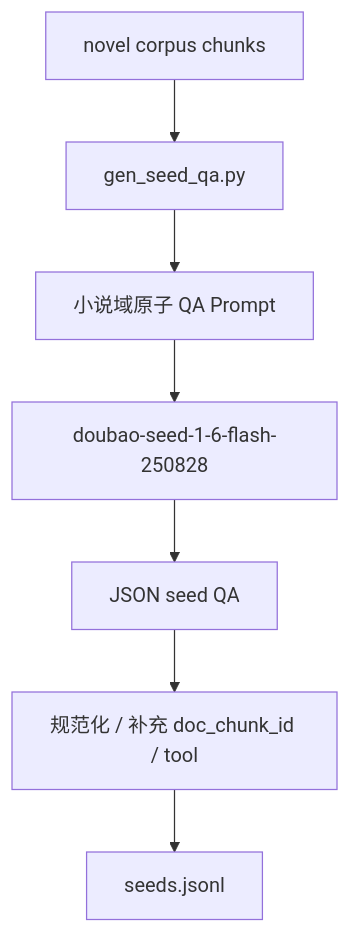
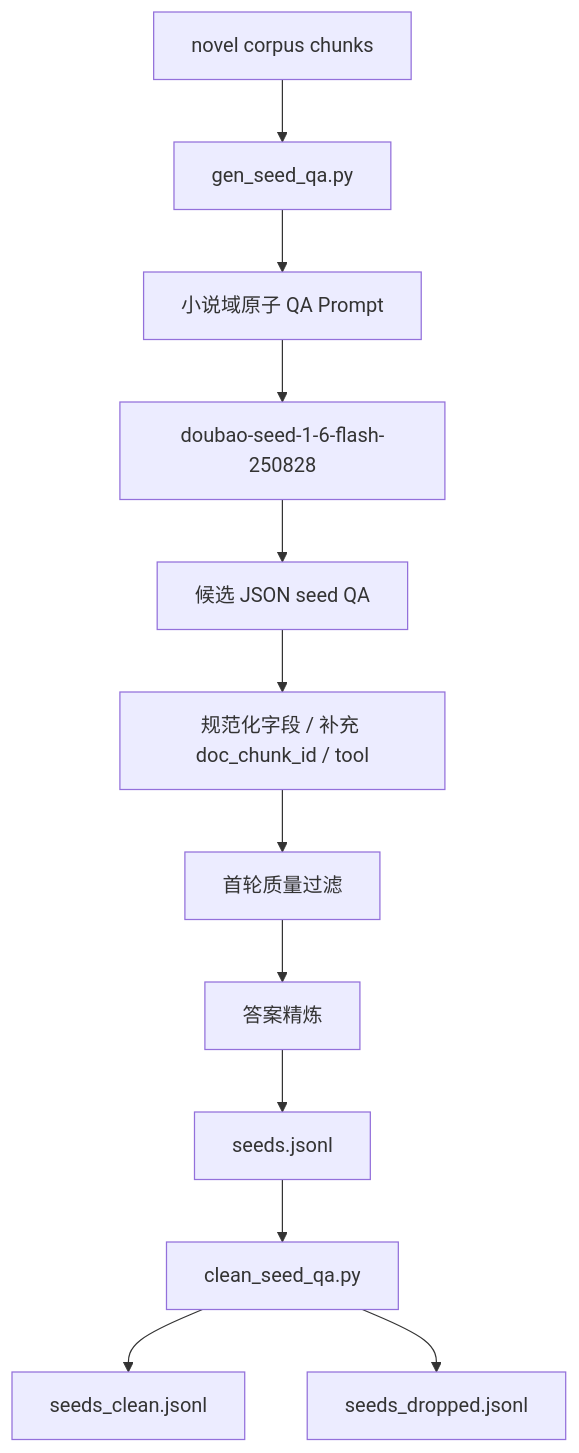
Before and after one commit to Lafinger/AgenticRAG-RL: the fifth of 16 diagrams in demo/README.md, drawn with Mermaid. The commit also changed other lines of this file and 7 other files, not shown here.

````diff
--- a/demo/README.md
+++ b/demo/README.md
@@ -246,9 +282,14 @@
 ```mermaid
 flowchart TD
     A["novel corpus chunks"] --> B["gen_seed_qa.py"]
     B --> C["小说域原子 QA Prompt"]
     C --> D["doubao-seed-1-6-flash-250828"]
-    D --> E["JSON seed QA"]
-    E --> F["规范化 / 补充 doc_chunk_id / tool"]
-    F --> G["seeds.jsonl"]
+    D --> E["候选 JSON seed QA"]
+    E --> F["规范化字段 / 补充 doc_chunk_id / tool"]
+    F --> G["首轮质量过滤"]
+    G --> H["答案精炼"]
+    H --> I["seeds.jsonl"]
+    I --> J["clean_seed_qa.py"]
+    J --> K["seeds_clean.jsonl"]
+    J --> L["seeds_dropped.jsonl"]
 ```
````
